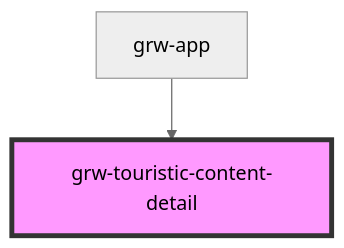
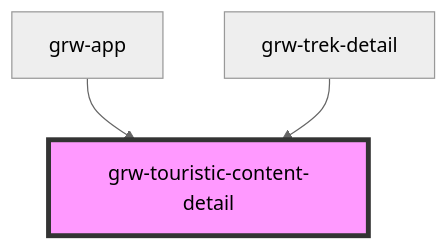
The diagram in src/components/grw-touristic-content-detail/readme.md (GeotrekCE/Geotrek-rando-widget), drawn with Mermaid (neutral theme) before and after one commit. The commit also changed other lines of this file and 23 other files, not shown here.

````diff
--- a/src/components/grw-touristic-content-detail/readme.md
+++ b/src/components/grw-touristic-content-detail/readme.md
@@ -80,5 +82,6 @@
 ```mermaid
 graph TD;
   grw-app --> grw-touristic-content-detail
+  grw-trek-detail --> grw-touristic-content-detail
   style grw-touristic-content-detail fill:#f9f,stroke:#333,stroke-width:4px
 ```
````
